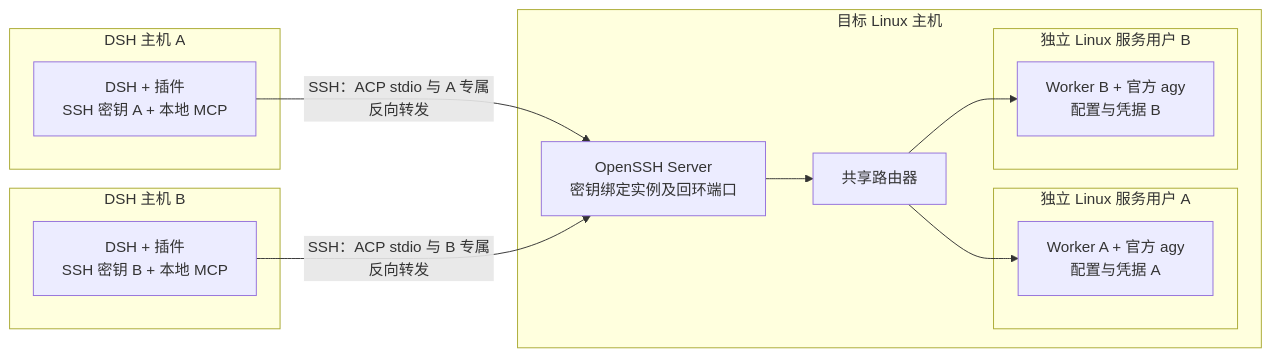
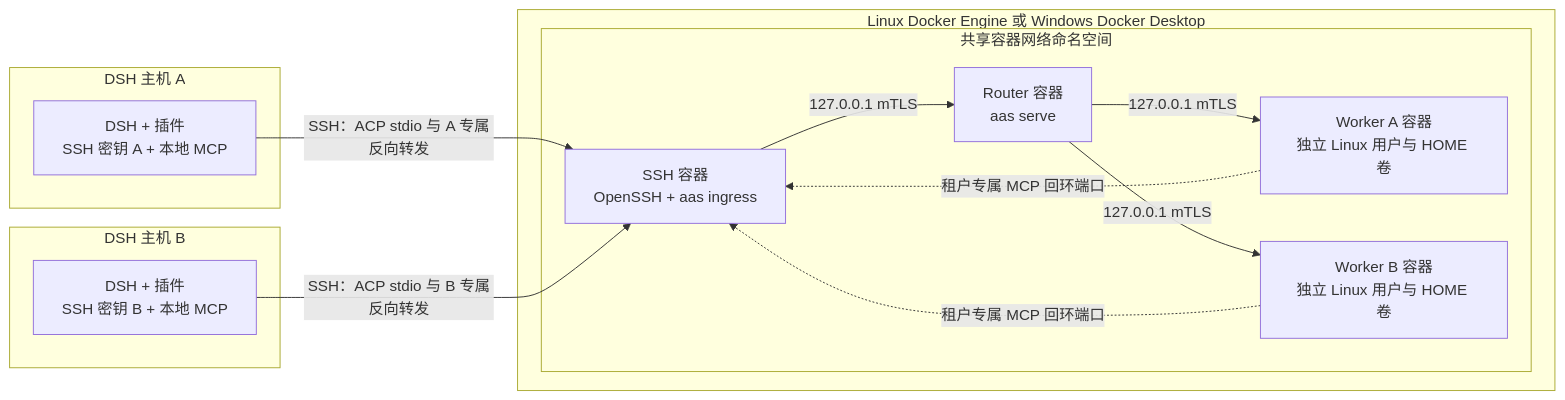
One commit to shirolabs67/AntigravityAccountSwitcher changed the sixth of 6 diagrams in docs/ARCHITECTURE.md. Above: the diagram before and after it, drawn with Mermaid. The commit also changed other lines of this file and 44 other files, not shown here.

````diff
--- a/docs/ARCHITECTURE.md
+++ b/docs/ARCHITECTURE.md
@@ -121,24 +123,24 @@
 ```mermaid
 flowchart LR
   subgraph DA["DSH 主机 A"]
     A["DSH + 插件<br/>SSH 密钥 A + 本地 MCP"]
   end
   subgraph DB["DSH 主机 B"]
     B["DSH + 插件<br/>SSH 密钥 B + 本地 MCP"]
   end
-  subgraph H["目标 Linux 主机"]
-    SSH["OpenSSH Server<br/>密钥绑定实例及回环端口"]
-    R["共享路由器"]
-    subgraph UA["独立 Linux 服务用户 A"]
-      WA["Worker A + 官方 agy<br/>配置与凭据 A"]
+  subgraph H["Linux Docker Engine 或 Windows Docker Desktop"]
+    subgraph NET["共享容器网络命名空间"]
+      SSH["SSH 容器<br/>OpenSSH + aas ingress"]
+      R["Router 容器<br/>aas serve"]
+      WA["Worker A 容器<br/>独立 Linux 用户与 HOME 卷"]
+      WB["Worker B 容器<br/>独立 Linux 用户与 HOME 卷"]
+      SSH -->|"127.0.0.1 mTLS"| R
+      R -->|"127.0.0.1 mTLS"| WA
+      R -->|"127.0.0.1 mTLS"| WB
+      WA -.->|"租户专属 MCP 回环端口"| SSH
+      WB -.->|"租户专属 MCP 回环端口"| SSH
     end
-    subgraph UB["独立 Linux 服务用户 B"]
-      WB["Worker B + 官方 agy<br/>配置与凭据 B"]
-    end
-    SSH --> R
-    R --> WA
-    R --> WB
   end
   A -->|"SSH：ACP stdio 与 A 专属反向转发"| SSH
   B -->|"SSH：ACP stdio 与 B 专属反向转发"| SSH
 ```
````
